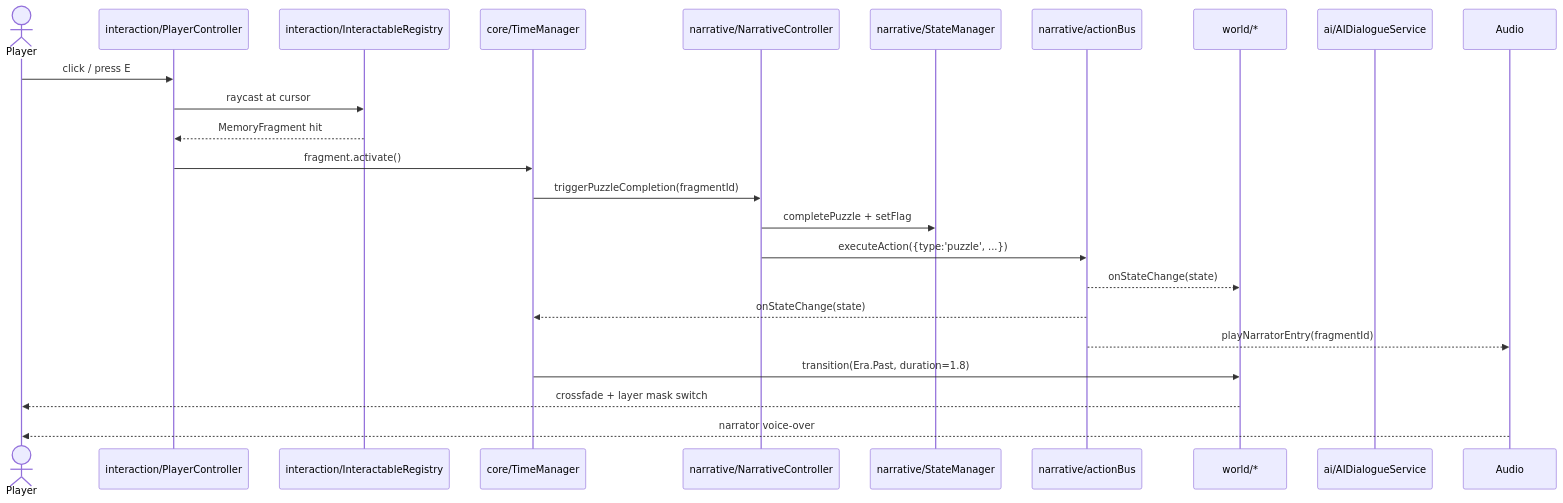
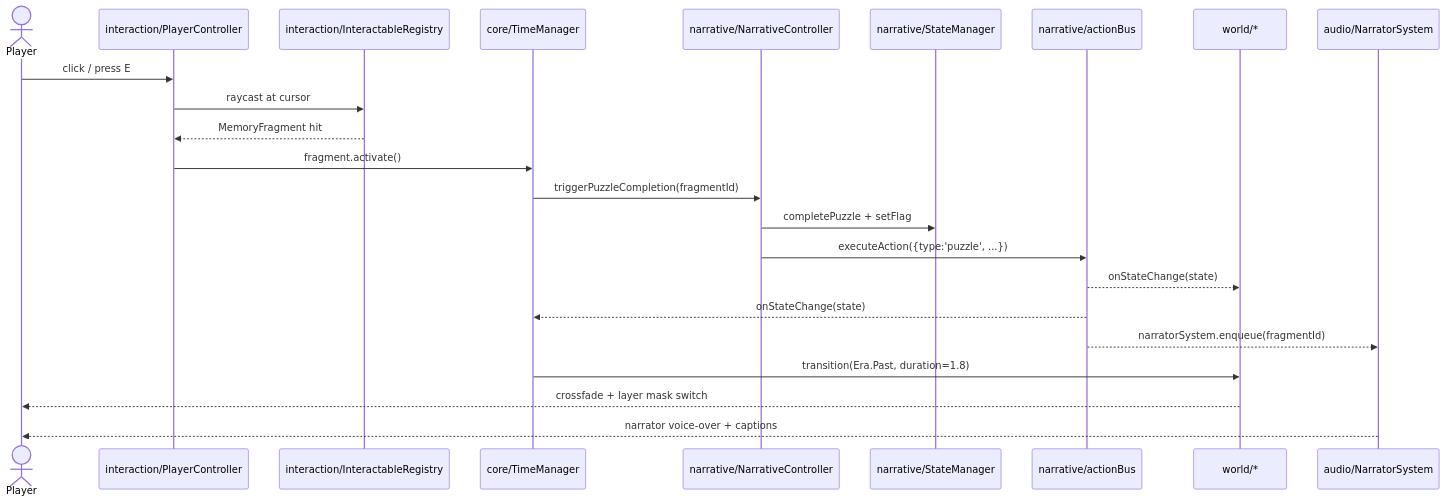
Before and after one commit to royceshannon2-blip/Witness-Interactive-3D: the fourth of 6 diagrams in ARCHITECTURE.md, drawn with Mermaid. The commit also changed other lines of this file and 234 other files, not shown here.

````diff
--- a/ARCHITECTURE.md
+++ b/ARCHITECTURE.md
@@ -158,26 +155,26 @@
 ```mermaid
 sequenceDiagram
   actor Player
   participant Input as interaction/PlayerController
   participant Registry as interaction/InteractableRegistry
   participant TM as core/TimeManager
   participant NC as narrative/NarrativeController
   participant SM as narrative/StateManager
   participant AB as narrative/actionBus
   participant Scene as world/*
-  participant AI as ai/AIDialogueService
+  participant NS as audio/NarratorSystem
 
   Player->>Input: click / press E
   Input->>Registry: raycast at cursor
   Registry-->>Input: MemoryFragment hit
   Input->>TM: fragment.activate()
   TM->>NC: triggerPuzzleCompletion(fragmentId)
   NC->>SM: completePuzzle + setFlag
   NC->>AB: executeAction({type:'puzzle', ...})
   AB-->>Scene: onStateChange(state)
   AB-->>TM: onStateChange(state)
-  AB-->>Audio: playNarratorEntry(fragmentId)
+  AB-->>NS: narratorSystem.enqueue(fragmentId)
   TM->>Scene: transition(Era.Past, duration=1.8)
   Scene-->>Player: crossfade + layer mask switch
-  Audio-->>Player: narrator voice-over
+  NS-->>Player: narrator voice-over + captions
 ```
````
